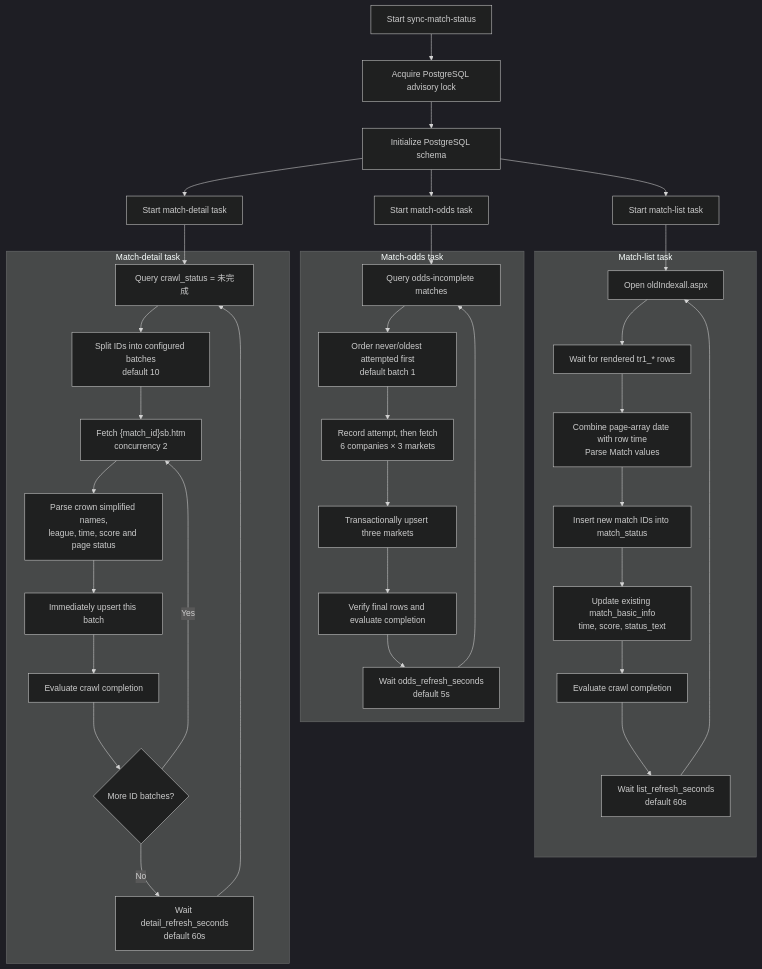
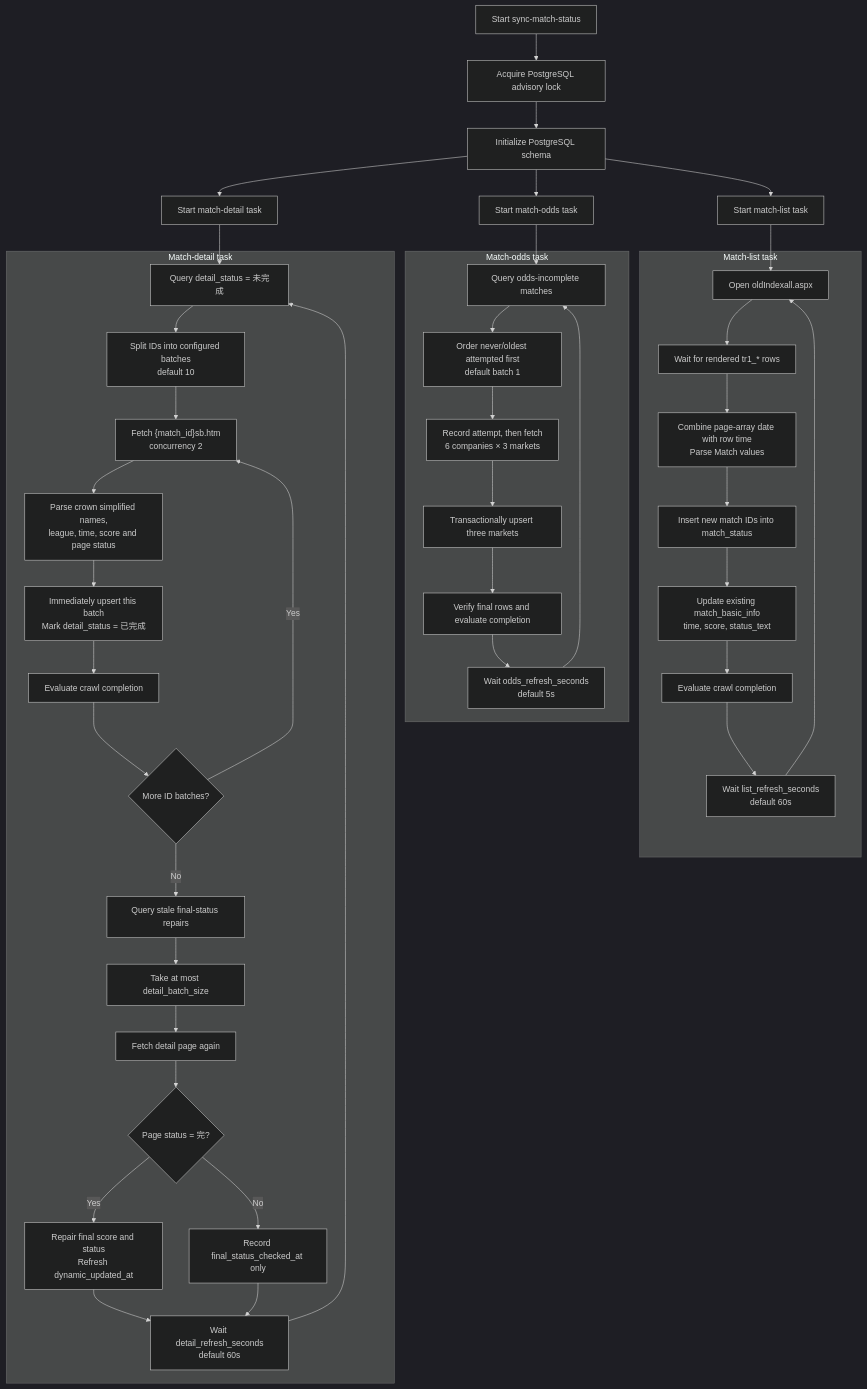
Before and after one commit to adam-zou/football2607: the second of 4 diagrams in docs/architecture/code-flow.md, drawn with Mermaid (dark theme). The commit also changed other lines of this file and 9 other files, not shown here.

````diff
--- a/docs/architecture/code-flow.md
+++ b/docs/architecture/code-flow.md
@@ -57,43 +59,50 @@
 ```mermaid
 flowchart TD
     Start["Start sync-match-status"] --> Lock["Acquire PostgreSQL advisory lock"]
     Lock --> Init["Initialize PostgreSQL schema"]
     Init --> StartList["Start match-list task"]
     Init --> StartDetail["Start match-detail task"]
     Init --> StartOdds["Start match-odds task"]
 
     subgraph ListTask["Match-list task"]
         L1["Open oldIndexall.aspx"] --> L2["Wait for rendered tr1_* rows"]
         L2 --> L3["Combine page-array date with row time<br/>Parse Match values"]
         L3 --> L4["Insert new match IDs into match_status"]
         L4 --> L5["Update existing match_basic_info<br/>time, score, status_text"]
         L5 --> L6["Evaluate crawl completion"]
         L6 --> L7["Wait list_refresh_seconds<br/>default 60s"]
         L7 --> L1
     end
 
     subgraph OddsTask["Match-odds task"]
         O1["Query odds-incomplete matches"] --> O2["Order never/oldest attempted first<br/>default batch 1"]
         O2 --> O3["Record attempt, then fetch<br/>6 companies × 3 markets"]
         O3 --> O4["Transactionally upsert three markets"]
         O4 --> O5["Verify final rows and evaluate completion"]
         O5 --> O6["Wait odds_refresh_seconds<br/>default 5s"]
         O6 --> O1
     end
 
     subgraph DetailTask["Match-detail task"]
-        D1["Query crawl_status = 未完成"] --> D2["Split IDs into configured batches<br/>default 10"]
+        D1["Query detail_status = 未完成"] --> D2["Split IDs into configured batches<br/>default 10"]
         D2 --> D3["Fetch {match_id}sb.htm<br/>concurrency 2"]
         D3 --> D4["Parse crown simplified names,<br/>league, time, score and page status"]
-        D4 --> D5["Immediately upsert this batch"]
+        D4 --> D5["Immediately upsert this batch<br/>Mark detail_status = 已完成"]
         D5 --> D6["Evaluate crawl completion"]
         D6 --> D7{"More ID batches?"}
         D7 -->|Yes| D3
-        D7 -->|No| D8["Wait detail_refresh_seconds<br/>default 60s"]
+        D7 -->|No| R1["Query stale final-status repairs"]
+        R1 --> R2["Take at most detail_batch_size"]
+        R2 --> R3["Fetch detail page again"]
+        R3 --> R4{"Page status = 完?"}
+        R4 -->|Yes| R5["Repair final score and status<br/>Refresh dynamic_updated_at"]
+        R4 -->|No| R6["Record final_status_checked_at only"]
+        R5 --> D8["Wait detail_refresh_seconds<br/>default 60s"]
+        R6 --> D8
         D8 --> D1
     end
 
     StartList --> L1
     StartDetail --> D1
     StartOdds --> O1
 ```
````
